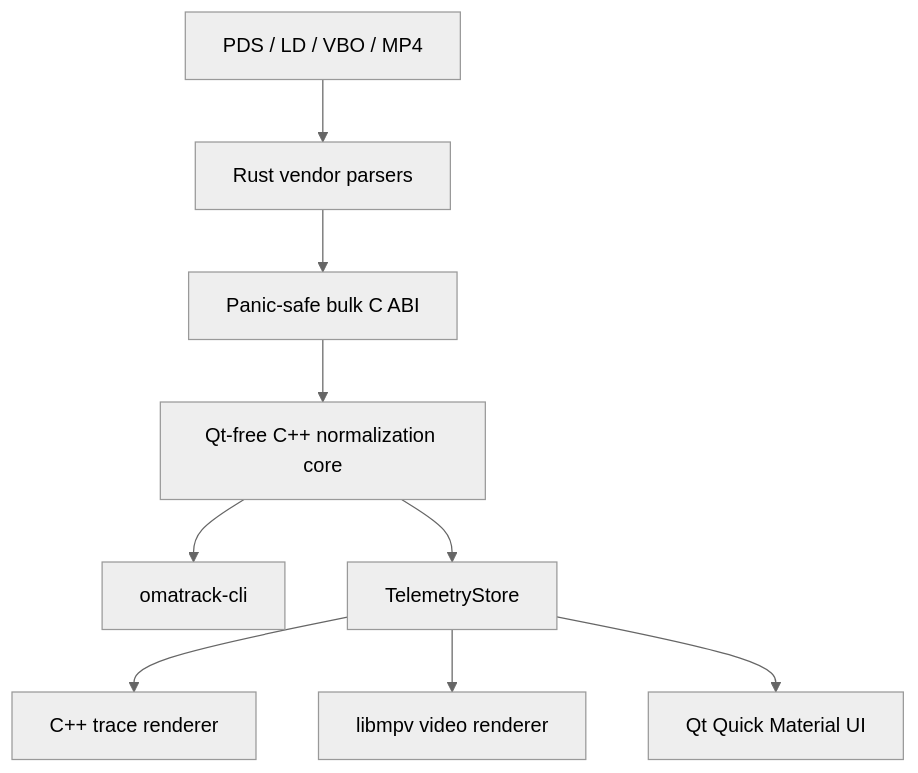
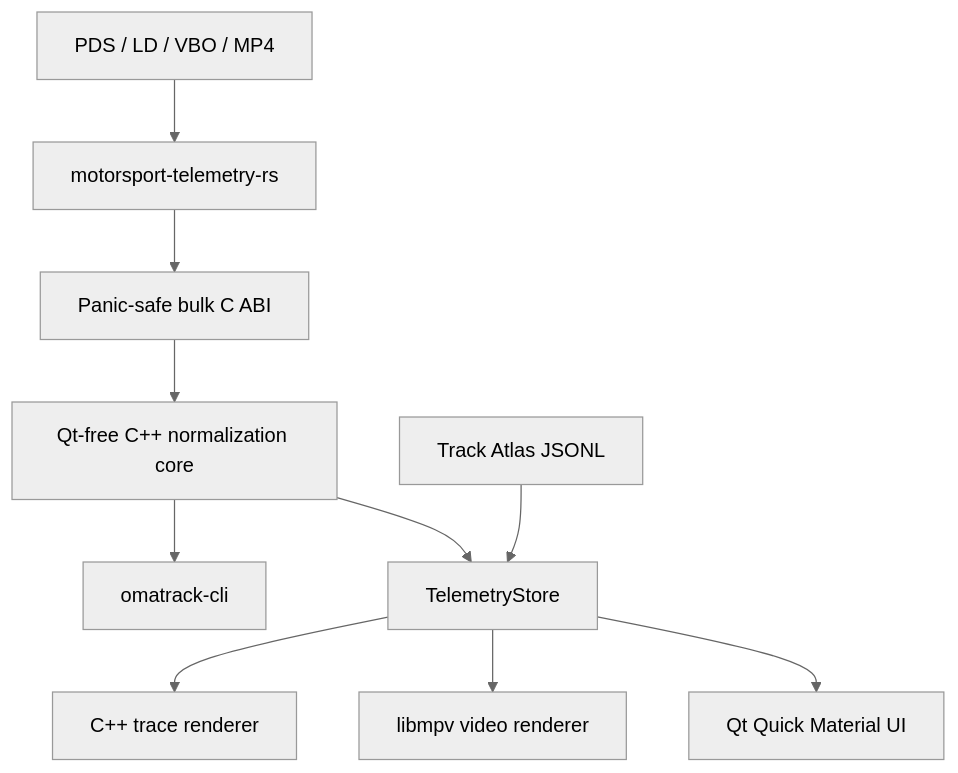
Before and after one commit to tobi/omatrack: the diagram in README.md, drawn with Mermaid (neutral theme). The commit also changed other lines of this file and 60 other files, not shown here.

Commit message:
refactor: replace vendored track parsing with Rust bridge

````diff
--- a/README.md
+++ b/README.md
@@ -45,11 +47,12 @@
 ```mermaid
 flowchart TD
-    F["PDS / LD / VBO / MP4"] --> R["Rust vendor parsers"]
+    F["PDS / LD / VBO / MP4"] --> R["motorsport-telemetry-rs"]
     R --> B["Panic-safe bulk C ABI"]
     B --> C["Qt-free C++ normalization core"]
     C --> CLI["omatrack-cli"]
     C --> S["TelemetryStore"]
+    A["Track Atlas JSONL"] --> S
     S --> T["C++ trace renderer"]
     S --> V["libmpv video renderer"]
     S --> Q["Qt Quick Material UI"]
 ```
````
